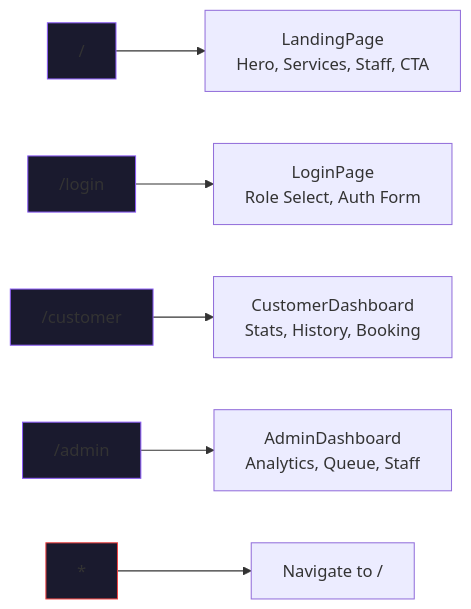
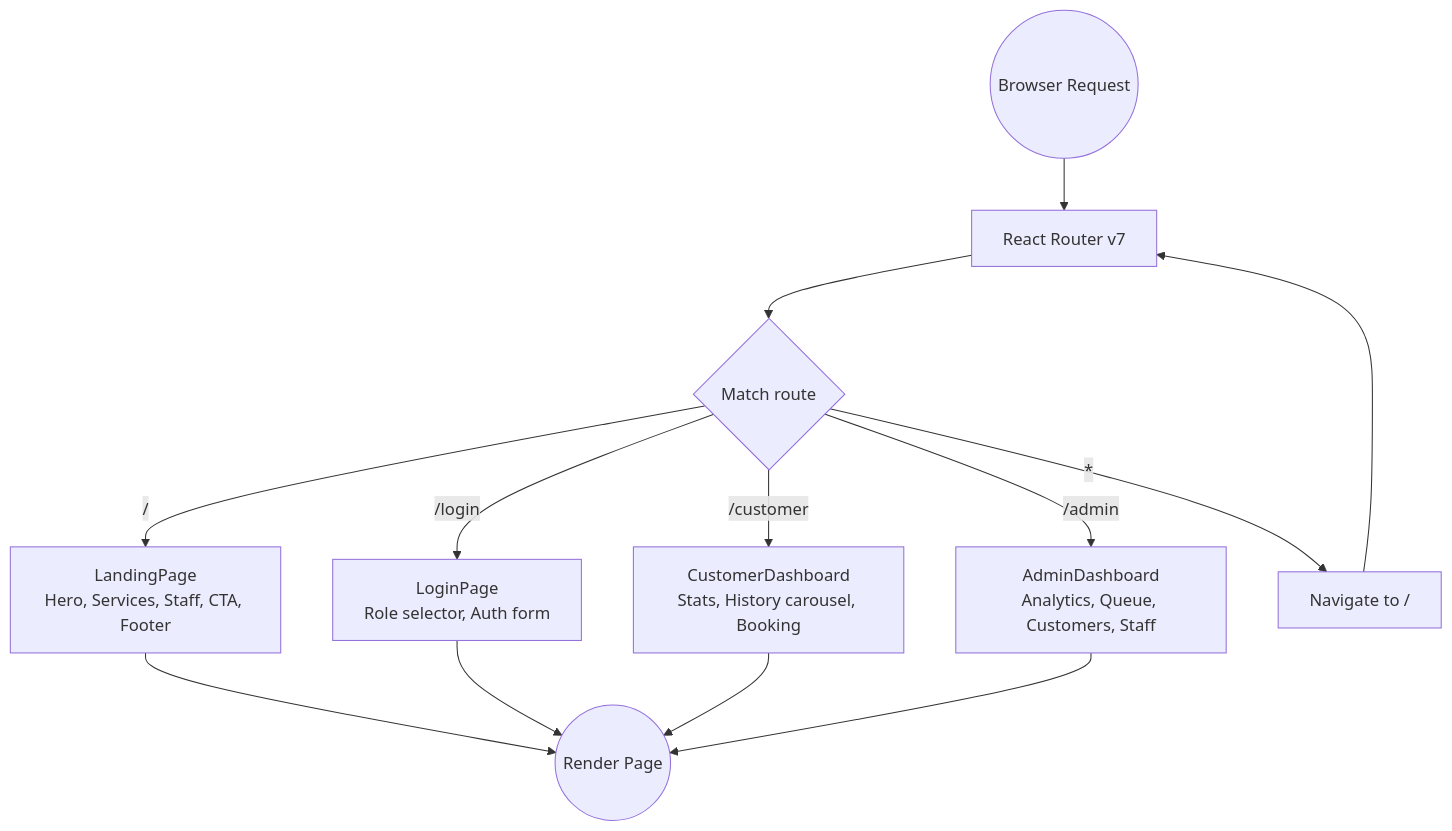
Before and after one commit to pandadoor/crm: the sixth of 6 diagrams in README.md, drawn with Mermaid. The commit also changed other lines of this file, not shown here.

Commit message:
Fix flowcharts to standard mermaid flowchart syntax

````diff
--- a/README.md
+++ b/README.md
@@ -270,14 +166,15 @@
 ```mermaid
-graph LR
-    ROOT["/"] --> LANDING["LandingPage<br/>Hero, Services, Staff, CTA"]
-    LOGIN["/login"] --> LOGINPG["LoginPage<br/>Role Select, Auth Form"]
-    CUST["/customer"] --> CDASH["CustomerDashboard<br/>Stats, History, Booking"]
-    ADMIN["/admin"] --> ADASH["AdminDashboard<br/>Analytics, Queue, Staff"]
-    CATCH["*"] --> REDIR["Navigate to /"]
-
-    style ROOT fill:#1a1a2e,stroke:#8b5cf6
-    style LOGIN fill:#1a1a2e,stroke:#8b5cf6
-    style CUST fill:#1a1a2e,stroke:#8b5cf6
-    style ADMIN fill:#1a1a2e,stroke:#8b5cf6
-    style CATCH fill:#1a1a2e,stroke:#ef4444
+graph TD
+    START(("Browser Request")) --> ROUTER["React Router v7"]
+    ROUTER --> MATCH{"Match route"}
+    MATCH -->|"/"| LANDING["LandingPage<br/>Hero, Services, Staff, CTA, Footer"]
+    MATCH -->|"/login"| LOGIN["LoginPage<br/>Role selector, Auth form"]
+    MATCH -->|"/customer"| CUST["CustomerDashboard<br/>Stats, History carousel, Booking"]
+    MATCH -->|"/admin"| ADMIN["AdminDashboard<br/>Analytics, Queue, Customers, Staff"]
+    MATCH -->|"*"| CATCH["Navigate to /"]
+    LANDING --> RENDER(("Render Page"))
+    LOGIN --> RENDER
+    CUST --> RENDER
+    ADMIN --> RENDER
+    CATCH --> ROUTER
 ```
````
